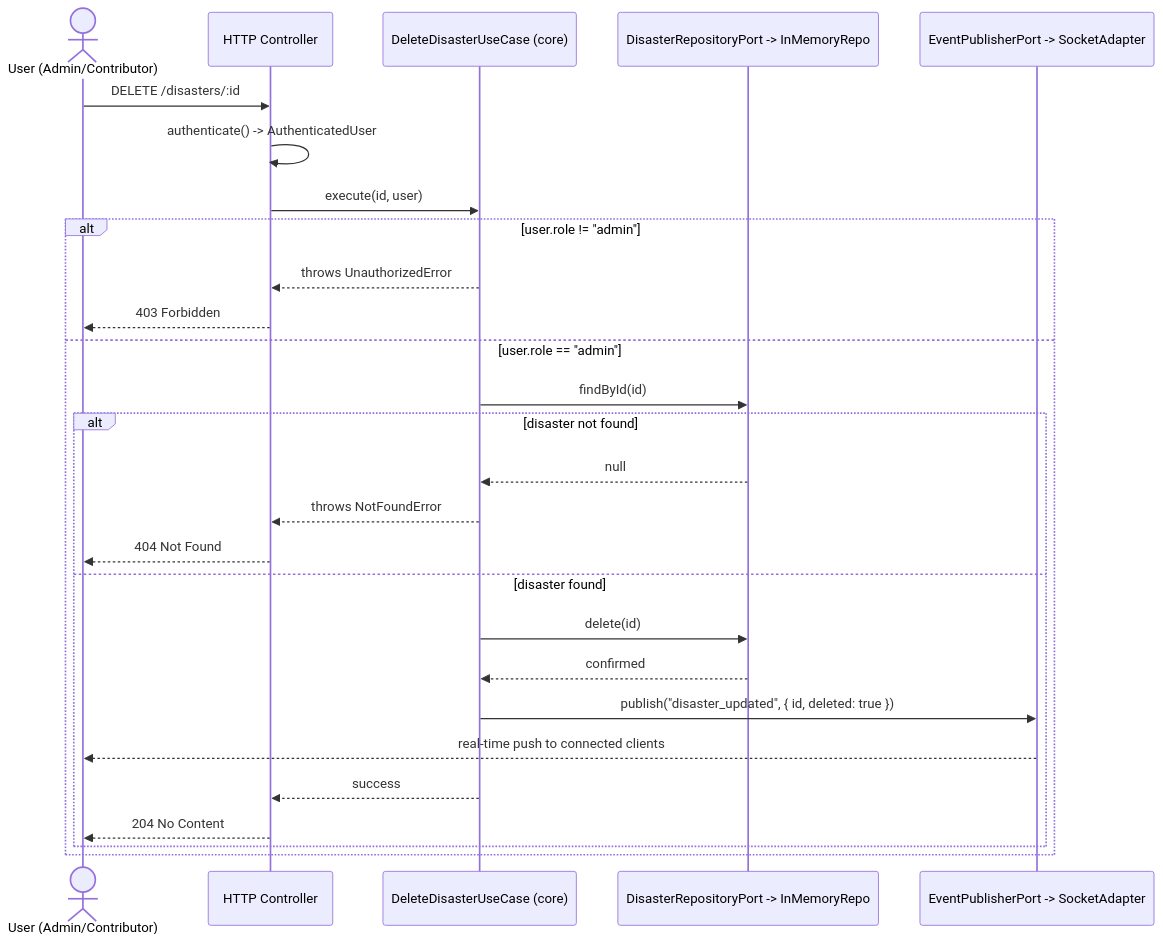
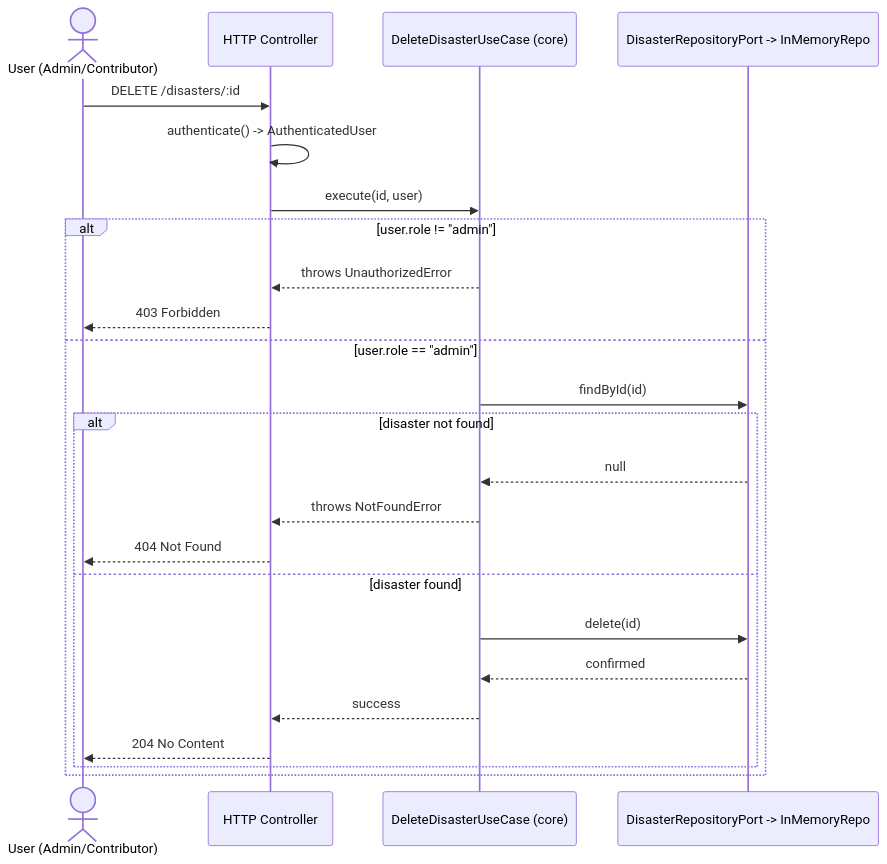
One commit to Rohit-MK2k/disaster-response-coordination-platform changed the diagram in docs/diagrams/sequence/delete-disaster.mmd. Above: the diagram before and after it, drawn with Mermaid. The commit also changed 7 other files, not shown here.

```diff
--- a/docs/diagrams/sequence/delete-disaster.mmd
+++ b/docs/diagrams/sequence/delete-disaster.mmd
@@ -1,28 +1,25 @@
 sequenceDiagram
     actor U as User (Admin/Contributor)
     participant API as HTTP Controller
     participant UC as DeleteDisasterUseCase (core)
     participant REPO as DisasterRepositoryPort -> InMemoryRepo
-    participant EVT as EventPublisherPort -> SocketAdapter
 
     U->>API: DELETE /disasters/:id
     API->>API: authenticate() -> AuthenticatedUser
     API->>UC: execute(id, user)
     alt user.role != "admin"
         UC-->>API: throws UnauthorizedError
         API-->>U: 403 Forbidden
     else user.role == "admin"
         UC->>REPO: findById(id)
         alt disaster not found
             REPO-->>UC: null
             UC-->>API: throws NotFoundError
             API-->>U: 404 Not Found
         else disaster found
             UC->>REPO: delete(id)
             REPO-->>UC: confirmed
-            UC->>EVT: publish("disaster_updated", { id, deleted: true })
-            EVT-->>U: real-time push to connected clients
             UC-->>API: success
             API-->>U: 204 No Content
         end
     end
```
